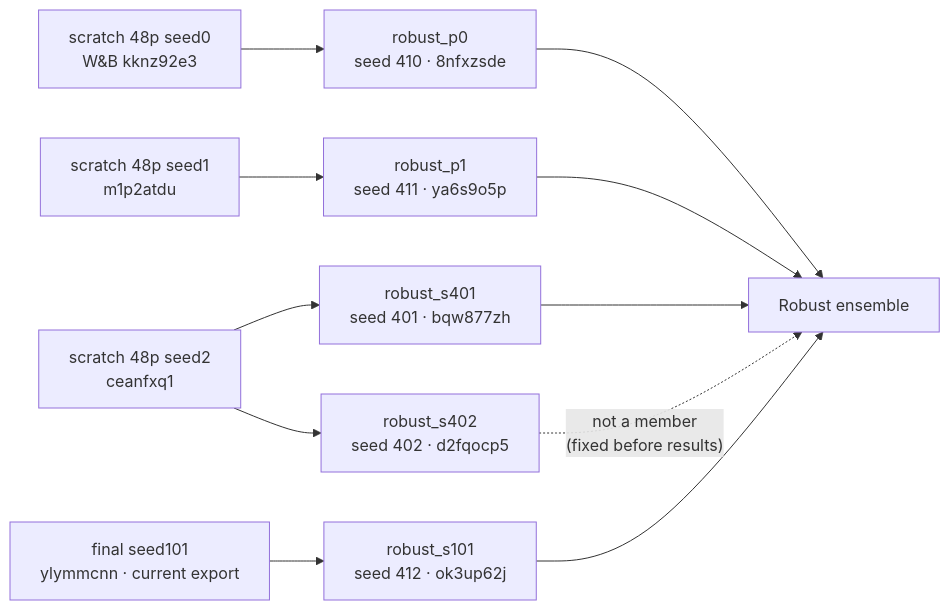
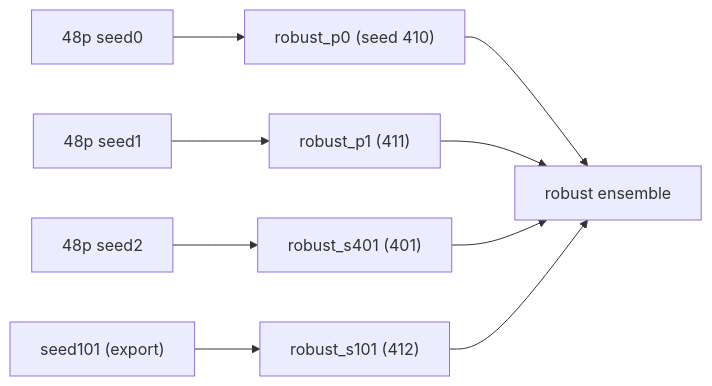
One commit to h-cohen/SpectralFM-jepa changed the fourth of 7 diagrams in docs/TRAINING_REPORT.md. Above: the diagram before and after it, drawn with Mermaid. The commit also changed other lines of this file and 7 other files, not shown here.

````diff
--- a/docs/TRAINING_REPORT.md
+++ b/docs/TRAINING_REPORT.md
@@ -187,10 +107,8 @@
 ```mermaid
 flowchart LR
-    R0["scratch 48p seed0<br/>W&B kknz92e3"] --> P0["robust_p0<br/>seed 410 · 8nfxzsde"]
-    R1["scratch 48p seed1<br/>m1p2atdu"] --> P1["robust_p1<br/>seed 411 · ya6s9o5p"]
-    R2["scratch 48p seed2<br/>ceanfxq1"] --> P2["robust_s401<br/>seed 401 · bqw877zh"]
-    R2 --> P2b["robust_s402<br/>seed 402 · d2fqocp5"]
-    R101["final seed101<br/>ylymmcnn · current export"] --> P3["robust_s101<br/>seed 412 · ok3up62j"]
-    P0 & P1 & P2 & P3 --> ENS["Robust ensemble"]
-    P2b -.->|"not a member<br/>(fixed before results)"| ENS
+    R0["48p seed0"] --> P0["robust_p0 (seed 410)"]
+    R1["48p seed1"] --> P1["robust_p1 (411)"]
+    R2["48p seed2"] --> P2["robust_s401 (401)"]
+    R101["seed101 (export)"] --> P3["robust_s101 (412)"]
+    P0 & P1 & P2 & P3 --> ENS["robust ensemble"]
 ```
````
